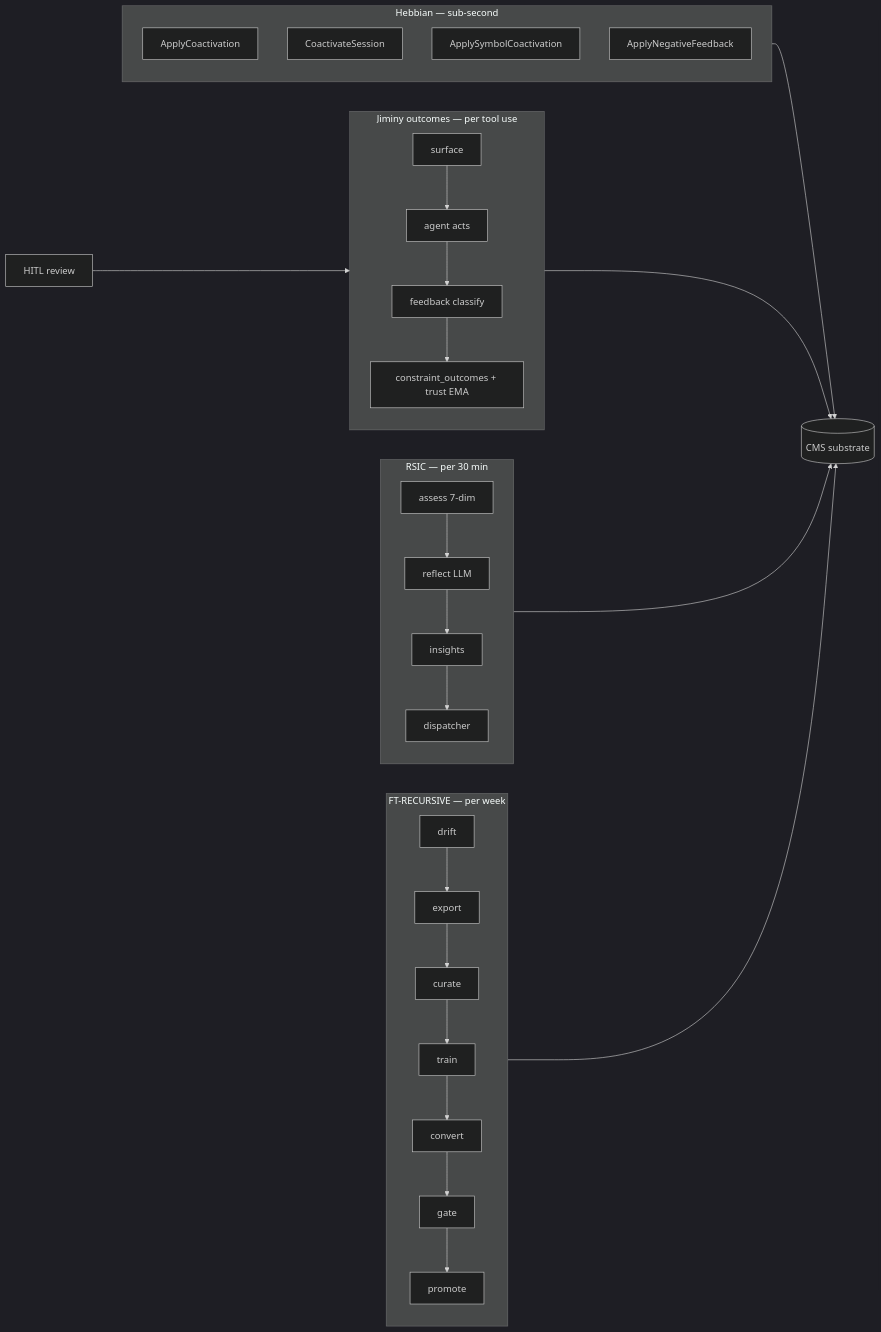
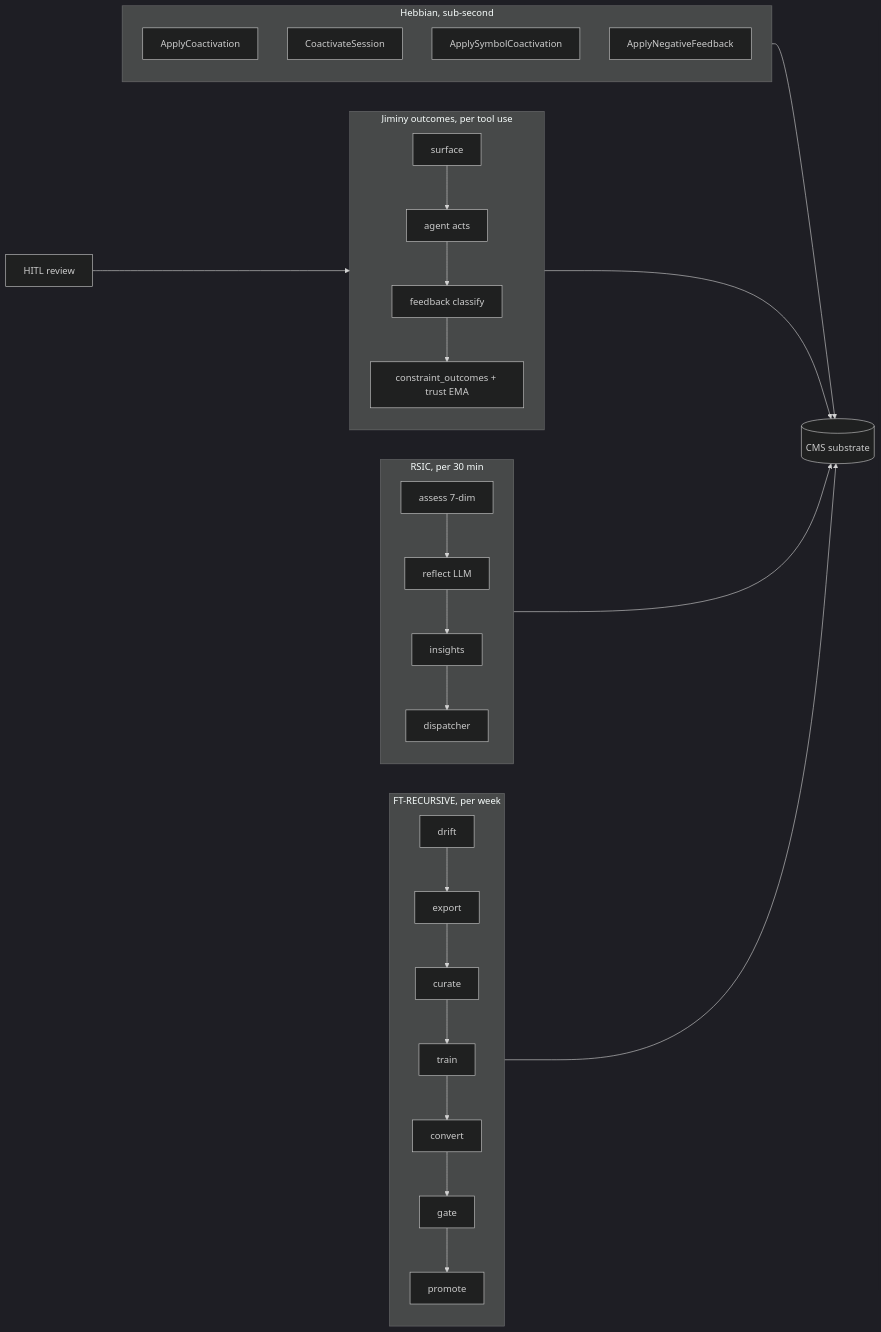
The fifth of 23 diagrams in docs/onboarding/mdemg-onboarding-deck.md (reh3376/mdemg), drawn with Mermaid (dark theme) before and after one commit. The commit also changed other lines of this file and 28 other files, not shown here.

````diff
--- a/docs/onboarding/mdemg-onboarding-deck.md
+++ b/docs/onboarding/mdemg-onboarding-deck.md
@@ -286,26 +286,26 @@
 ```mermaid
 flowchart LR
-  subgraph Hebb[Hebbian — sub-second]
+  subgraph Hebb[Hebbian, sub-second]
     H1[ApplyCoactivation]
     H2[CoactivateSession]
     H3[ApplySymbolCoactivation]
     H4[ApplyNegativeFeedback]
   end
-  subgraph Jim[Jiminy outcomes — per tool use]
+  subgraph Jim[Jiminy outcomes, per tool use]
     JX[surface] --> JA[agent acts] --> JF[feedback classify]
     JF --> JO[constraint_outcomes + trust EMA]
   end
-  subgraph RSIC[RSIC — per 30 min]
+  subgraph RSIC[RSIC, per 30 min]
     RA[assess 7-dim] --> RR[reflect LLM]
     RR --> RI[insights] --> RD[dispatcher]
   end
-  subgraph FT[FT-RECURSIVE — per week]
+  subgraph FT[FT-RECURSIVE, per week]
     FD[drift] --> FE[export] --> FC[curate] --> FTR[train]
     FTR --> FCV[convert] --> FG[gate] --> FP[promote]
   end
   HITL[HITL review] --> Jim
   Hebb --> CMS[(CMS substrate)]
   Jim --> CMS
   RSIC --> CMS
   FT --> CMS
 ```
````
